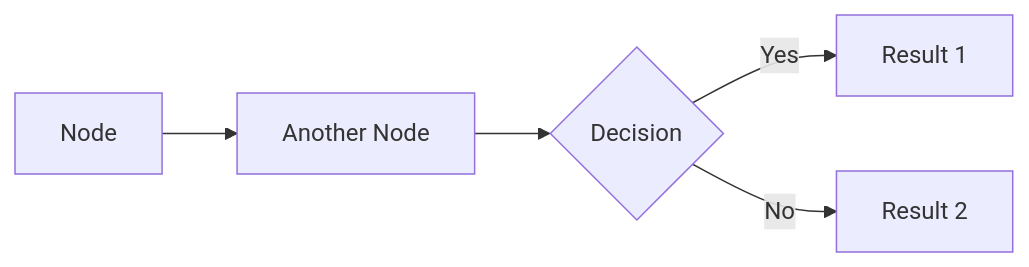
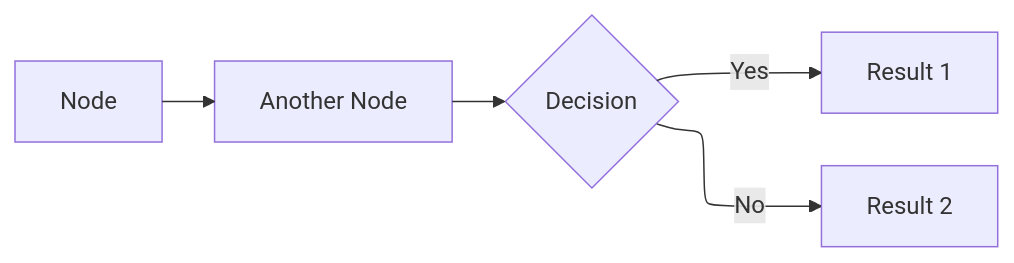
Before and after one commit to quangnt2697/Agent-skills: the first of 13 diagrams in skills/ba-design-flowchart/references/DIAGRAM_TYPES.md, drawn with Mermaid. The commit also changed other lines of this file and 6 other files, not shown here.

Commit message:
fix mermaid render rules

````diff
--- a/skills/ba-design-flowchart/references/DIAGRAM_TYPES.md
+++ b/skills/ba-design-flowchart/references/DIAGRAM_TYPES.md
@@ -16,7 +16,8 @@
 ```mermaid
+%%{init: {"flowchart": {"defaultRenderer": "elk"}}}%%
 flowchart LR
     A[Node] --> B[Another Node]
     B --> C{Decision}
     C -->|Yes| D[Result 1]
     C -->|No| E[Result 2]
 ```
````
